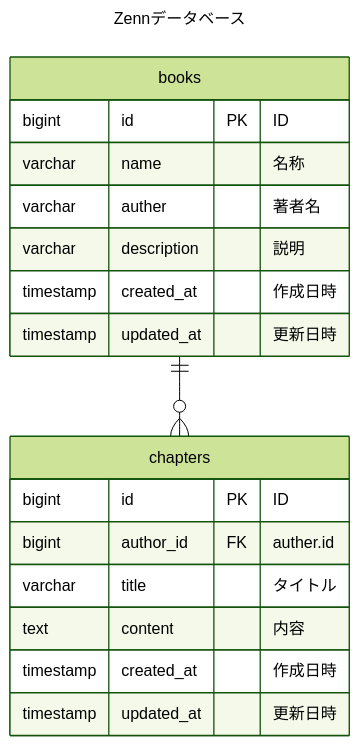
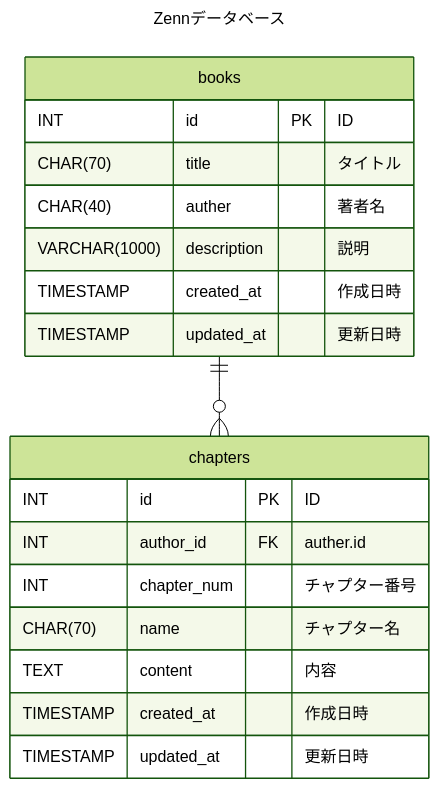
The diagram in ナレッジ/3.DB設計.md (LimeIvy/Zenn-Books-Clone), drawn with Mermaid (forest theme) before and after one commit. The commit also changed 4 other files, not shown here.

````diff
--- a/ナレッジ/3.DB設計.md
+++ b/ナレッジ/3.DB設計.md
@@ -3,25 +3,26 @@
 ```mermaid
 ---
 title: "Zennデータベース"
 ---
 erDiagram
     books ||--o{ chapters : ""
 
     books {
-        bigint id PK "ID"
-        varchar name "名称"
-        varchar auther "著者名"
-        varchar description "説明"
-        timestamp created_at "作成日時"
-        timestamp updated_at "更新日時"
+        INT id PK "ID"
+        CHAR(70) title "タイトル"
+        CHAR(40) auther "著者名"
+        VARCHAR(1000) description "説明"
+        TIMESTAMP created_at "作成日時"
+        TIMESTAMP updated_at "更新日時"
     }
 
     chapters {
-        bigint id PK "ID"
-        bigint author_id FK "auther.id"
-        varchar title "タイトル"
-        text content "内容"
-        timestamp created_at "作成日時"
-        timestamp updated_at "更新日時"
+        INT id PK "ID"
+        INT author_id FK "auther.id"
+        INT chapter_num "チャプター番号"
+        CHAR(70) name "チャプター名"
+        TEXT content "内容"
+        TIMESTAMP created_at "作成日時"
+        TIMESTAMP updated_at "更新日時"
     }
 ```
````
